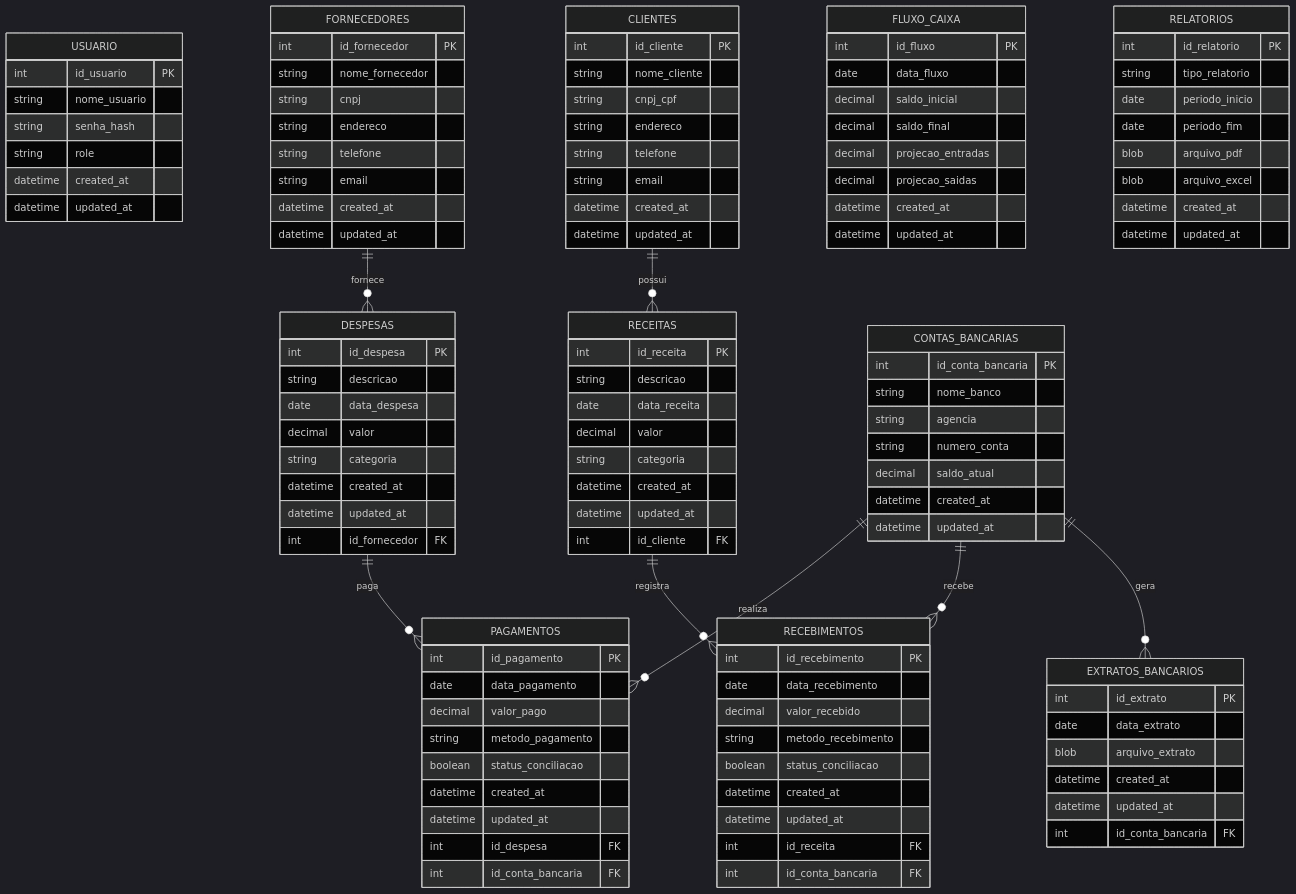
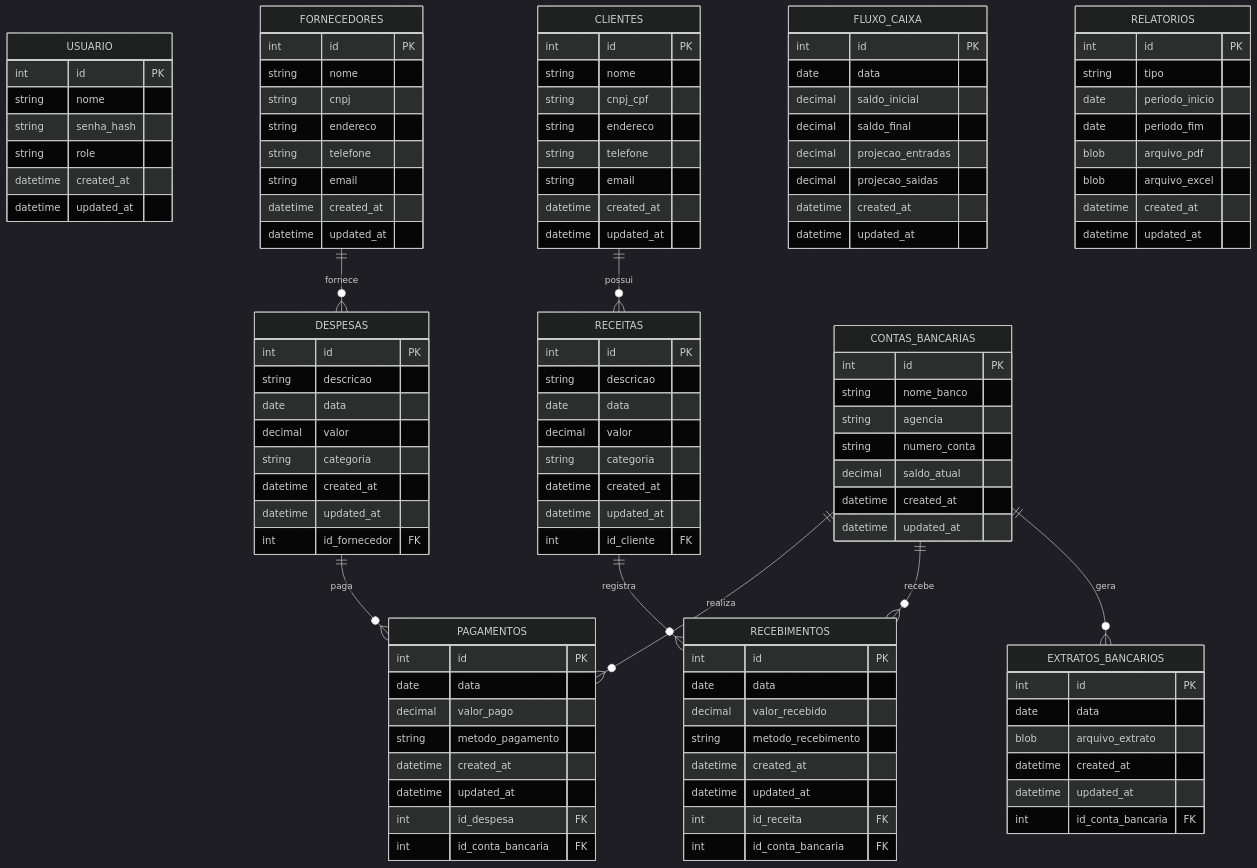
Before and after one commit to Gabriela-Amaro/Sistema-Mugiwara: the second of 3 diagrams in README.md, drawn with Mermaid (dark theme). The commit also changed other lines of this file, not shown here.

````diff
--- a/README.md
+++ b/README.md
@@ -278,8 +278,8 @@
 ```mermaid
 erDiagram
     USUARIO {
-        int id_usuario PK
-        string nome_usuario
+        int id PK
+        string nome
         string senha_hash
         string role
         datetime created_at
@@ -287,8 +287,8 @@
     }
 
     FORNECEDORES {
-        int id_fornecedor PK
-        string nome_fornecedor
+        int id PK
+        string nome
         string cnpj
         string endereco
         string telefone
@@ -298,9 +298,9 @@
     }
     
     DESPESAS {
-        int id_despesa PK
+        int id PK
         string descricao
-        date data_despesa
+        date data
         decimal valor
         string categoria
         datetime created_at
@@ -309,11 +309,10 @@
     }
     
     PAGAMENTOS {
-        int id_pagamento PK
-        date data_pagamento
+        int id PK
+        date data
         decimal valor_pago
         string metodo_pagamento
-        boolean status_conciliacao
         datetime created_at
         datetime updated_at
         int id_despesa FK
@@ -321,8 +320,8 @@
     }
     
     CLIENTES {
-        int id_cliente PK
-        string nome_cliente
+        int id PK
+        string nome
         string cnpj_cpf
         string endereco
         string telefone
@@ -332,9 +331,9 @@
     }
     
     RECEITAS {
-        int id_receita PK
+        int id PK
         string descricao
-        date data_receita
+        date data
         decimal valor
         string categoria
         datetime created_at
@@ -343,11 +342,10 @@
     }
     
     RECEBIMENTOS {
-        int id_recebimento PK
-        date data_recebimento
+        int id PK
+        date data
         decimal valor_recebido
         string metodo_recebimento
-        boolean status_conciliacao
         datetime created_at
         datetime updated_at
         int id_receita FK
@@ -355,8 +353,8 @@
     }
     
     FLUXO_CAIXA {
-        int id_fluxo PK
-        date data_fluxo
+        int id PK
+        date data
         decimal saldo_inicial
         decimal saldo_final
         decimal projecao_entradas
@@ -366,8 +364,8 @@
     }
     
     RELATORIOS {
-        int id_relatorio PK
-        string tipo_relatorio
+        int id PK
+        string tipo
         date periodo_inicio
         date periodo_fim
         blob arquivo_pdf
@@ -377,7 +375,7 @@
     }
     
     CONTAS_BANCARIAS {
-        int id_conta_bancaria PK
+        int id PK
         string nome_banco
         string agencia
         string numero_conta
@@ -387,8 +385,8 @@
     }
     
     EXTRATOS_BANCARIOS {
-        int id_extrato PK
-        date data_extrato
+        int id PK
+        date data
         blob arquivo_extrato
         datetime created_at
         datetime updated_at
````
